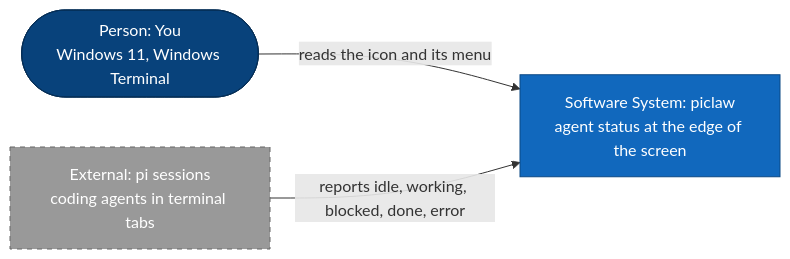
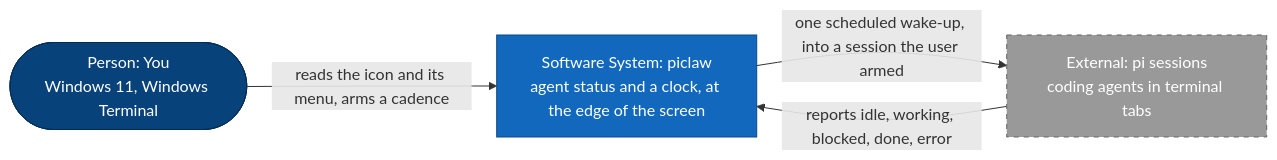
One commit to ypyl/picadence changed the first of 2 diagrams in ARCHITECTURE.md. Above: the diagram before and after it, drawn with Mermaid. The commit also changed other lines of this file and 20 other files, not shown here.

First line of the commit message:
feat: a session can be armed with a cadence

````diff
--- a/ARCHITECTURE.md
+++ b/ARCHITECTURE.md
@@ -10,19 +12,20 @@
 ```mermaid
 flowchart LR
   user(["Person: You<br/>Windows 11, Windows Terminal"])
 
-  system["Software System: piclaw<br/>agent status at the edge of the screen"]
+  system["Software System: piclaw<br/>agent status and a clock, at the edge of the screen"]
 
   pi["External: pi sessions<br/>coding agents in terminal tabs"]
 
-  user -->|"reads the icon and its menu"| system
+  user -->|"reads the icon and its menu, arms a cadence"| system
   pi -->|"reports idle, working, blocked, done, error"| system
+  system -->|"one scheduled wake-up, into a session the user armed"| pi
 
   classDef person fill:#08427B,color:#fff,stroke:#052E56
   classDef system fill:#1168BD,color:#fff,stroke:#0B4884
   classDef external fill:#999999,color:#fff,stroke:#666666,stroke-dasharray:5 5
 
   class user person
   class system system
   class pi external
 ```
````
